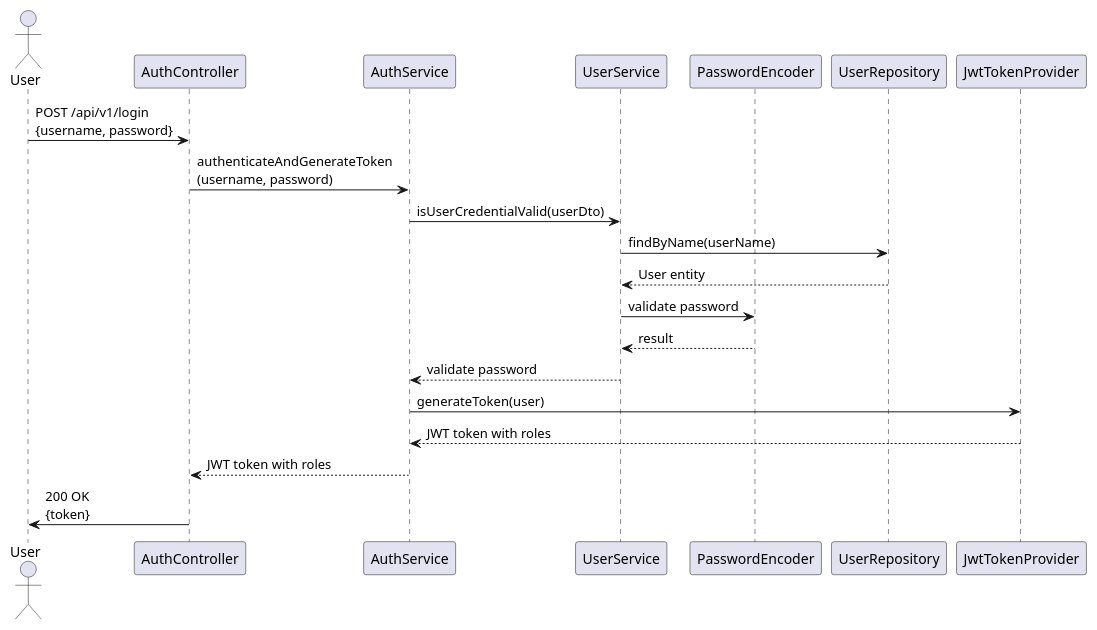
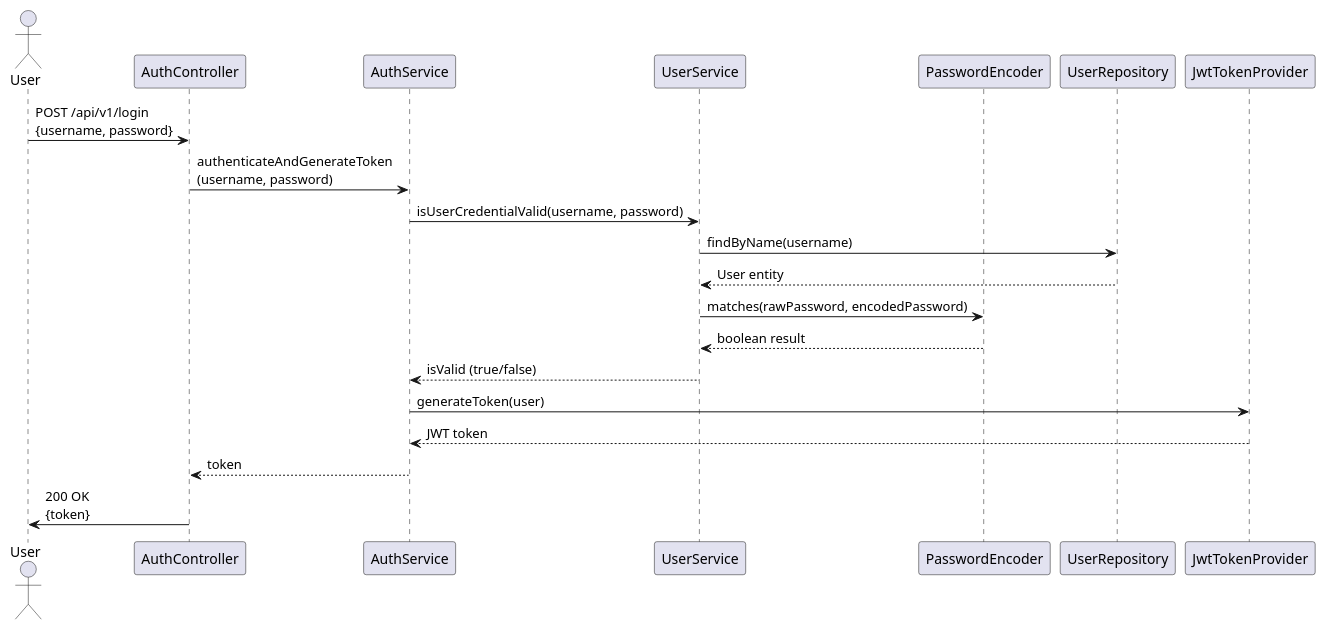
Before and after one commit to ImShakthi/CineMetrics: the diagram in docs/sequence-diagram/login-journey.puml, drawn with PlantUML. The commit also changed 3 other files, not shown here.

Commit message:
add sequence diagram for movie details flow

```diff
--- a/docs/sequence-diagram/login-journey.puml
+++ b/docs/sequence-diagram/login-journey.puml
@@ -1,24 +1,24 @@
 @startuml
 actor User
 participant "AuthController" as Controller
 participant "AuthService" as Service
 participant "UserService" as UserService
 participant "PasswordEncoder" as PasswordEncoder
 participant "UserRepository" as Repo
 participant "JwtTokenProvider" as JWT
 
-
 User -> Controller: POST /api/v1/login\n{username, password}
 Controller -> Service: authenticateAndGenerateToken\n(username, password)
-Service -> UserService: isUserCredentialValid(userDto)
-UserService -> Repo: findByName(userName)
-Repo --> "UserService": User entity
-"UserService" -> "PasswordEncoder" : validate password
-"UserService" <-- "PasswordEncoder" :  result
-"UserService" --> Service: validate password
+Service -> UserService: isUserCredentialValid(username, password)
+UserService -> Repo: findByName(username)
+Repo --> UserService: User entity
+
+UserService -> PasswordEncoder: matches(rawPassword, encodedPassword)
+PasswordEncoder --> UserService: boolean result
+
+UserService --> Service: isValid (true/false)
 Service -> JWT: generateToken(user)
-JWT --> Service: JWT token with roles
-Service --> Controller: JWT token with roles
+JWT --> Service: JWT token
+Service --> Controller: token
 Controller -> User: 200 OK\n{token}
-
 @enduml
```
